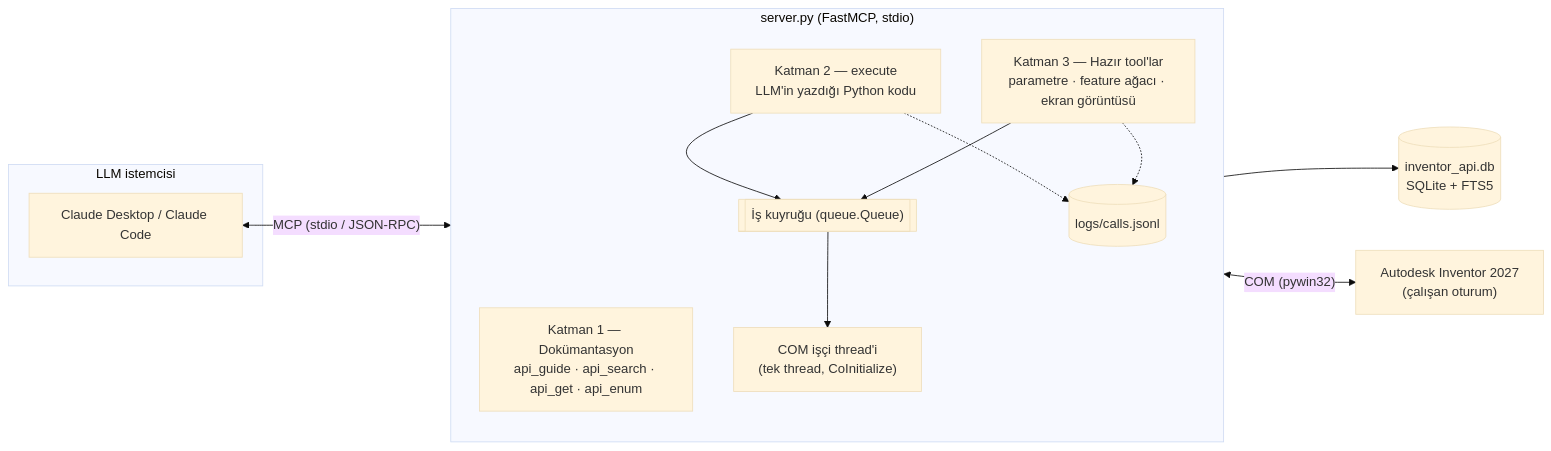
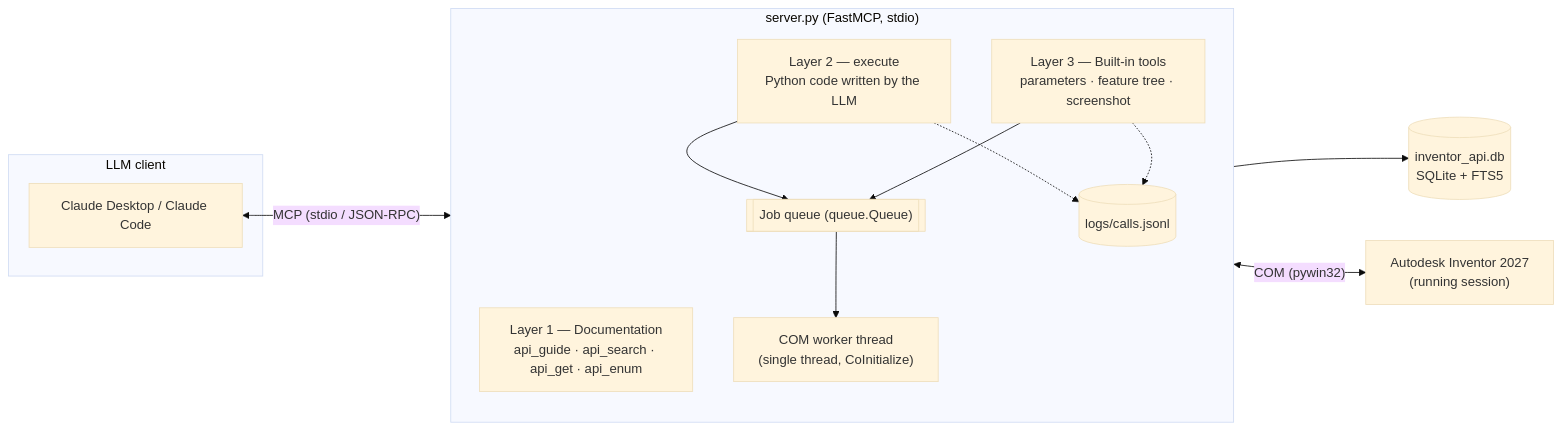
The first of 6 diagrams in README.md (ZBGoztas/InventorLLM), drawn with Mermaid (base theme) before and after one commit. The commit also changed other lines of this file, not shown here.

````diff
--- a/README.md
+++ b/README.md
@@ -30,28 +28,28 @@
 ```mermaid
 flowchart LR
-    subgraph Client["LLM istemcisi"]
+    subgraph Client["LLM client"]
         C["Claude Desktop / Claude Code"]
     end
 
     subgraph Server["server.py (FastMCP, stdio)"]
         direction TB
-        L1["Katman 1 — Dokümantasyon<br/>api_guide · api_search · api_get · api_enum"]
-        L2["Katman 2 — execute<br/>LLM'in yazdığı Python kodu"]
-        L3["Katman 3 — Hazır tool'lar<br/>parametre · feature ağacı · ekran görüntüsü"]
-        Q[["İş kuyruğu (queue.Queue)"]]
-        W["COM işçi thread'i<br/>(tek thread, CoInitialize)"]
+        L1["Layer 1 — Documentation<br/>api_guide · api_search · api_get · api_enum"]
+        L2["Layer 2 — execute<br/>Python code written by the LLM"]
+        L3["Layer 3 — Built-in tools<br/>parameters · feature tree · screenshot"]
+        Q[["Job queue (queue.Queue)"]]
+        W["COM worker thread<br/>(single thread, CoInitialize)"]
         LOG[("logs/calls.jsonl")]
     end
 
     DB[("inventor_api.db<br/>SQLite + FTS5")]
-    INV["Autodesk Inventor 2027<br/>(çalışan oturum)"]
+    INV["Autodesk Inventor 2027<br/>(running session)"]
 
     C <-- "MCP (stdio / JSON-RPC)" --> Server
     L1 --> DB
     L2 --> Q
     L3 --> Q
     Q --> W
     W <-- "COM (pywin32)" --> INV
     L2 -.-> LOG
     L3 -.-> LOG
 ```
````
